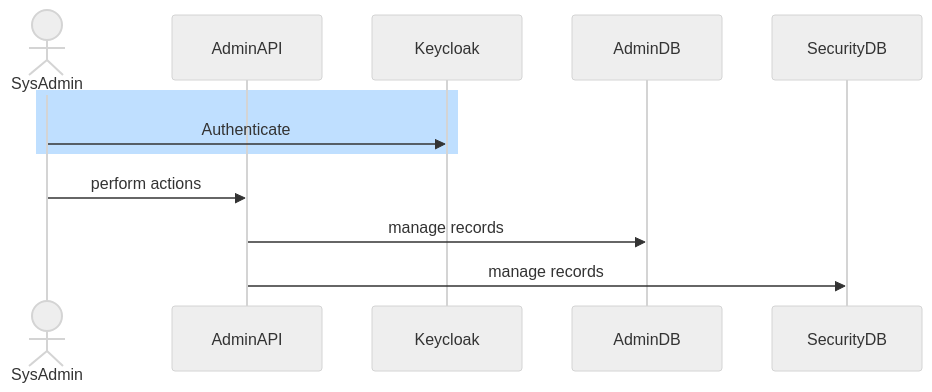
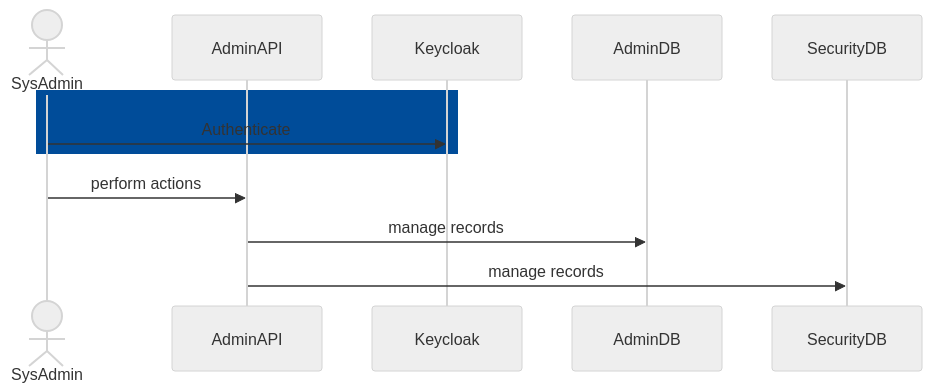
Before and after one commit to Ed-Fi-Alliance-OSS/Ed-Fi-Admin-Console: the first of 3 diagrams in docs/testing/PLAN-api.md, drawn with Mermaid (neutral theme). The commit also changed other lines of this file and 5 other files, not shown here.

````diff
--- a/docs/testing/PLAN-api.md
+++ b/docs/testing/PLAN-api.md
@@ -13,17 +13,17 @@
 ```mermaid
 sequenceDiagram
     actor SysAdmin
     participant AdminAPI
     participant Keycloak
     participant AdminDB
     participant SecurityDB
 
-    rect rgb(191, 223, 255)
+    rect rgb(0, 76, 153)
         SysAdmin ->> Keycloak: Authenticate
     end
 
     SysAdmin ->> AdminAPI: perform actions
 
     AdminAPI ->> AdminDB: manage records
     AdminAPI ->> SecurityDB: manage records
 ```
````
